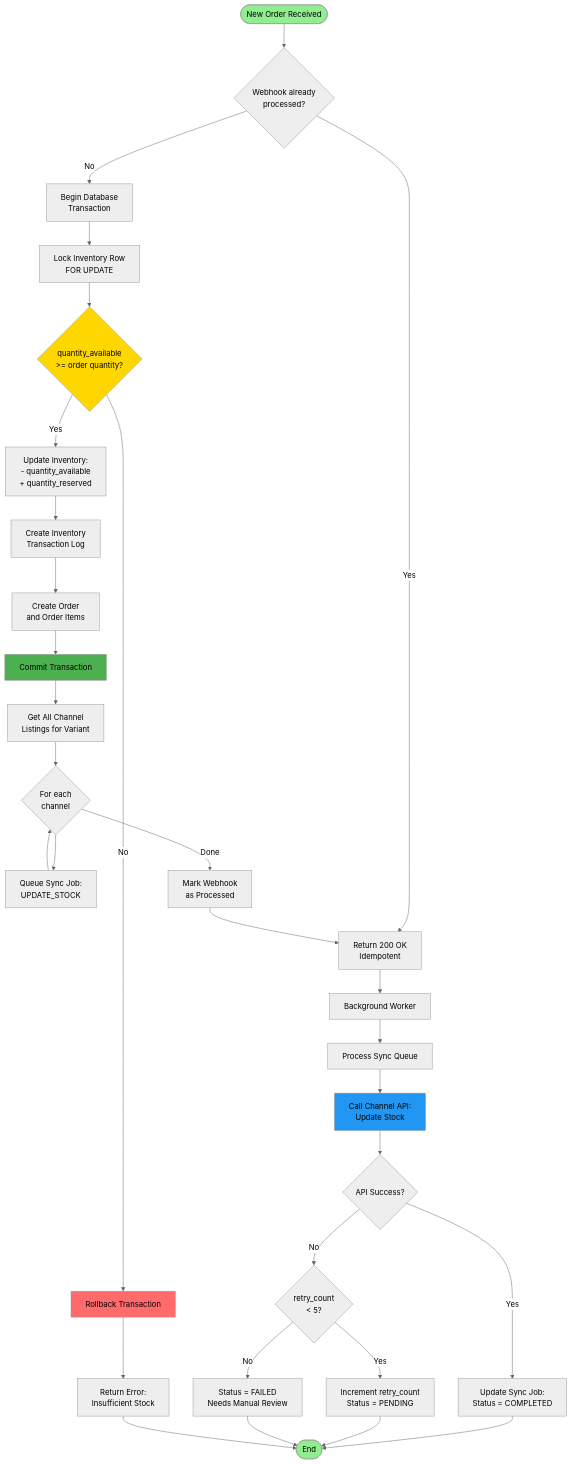
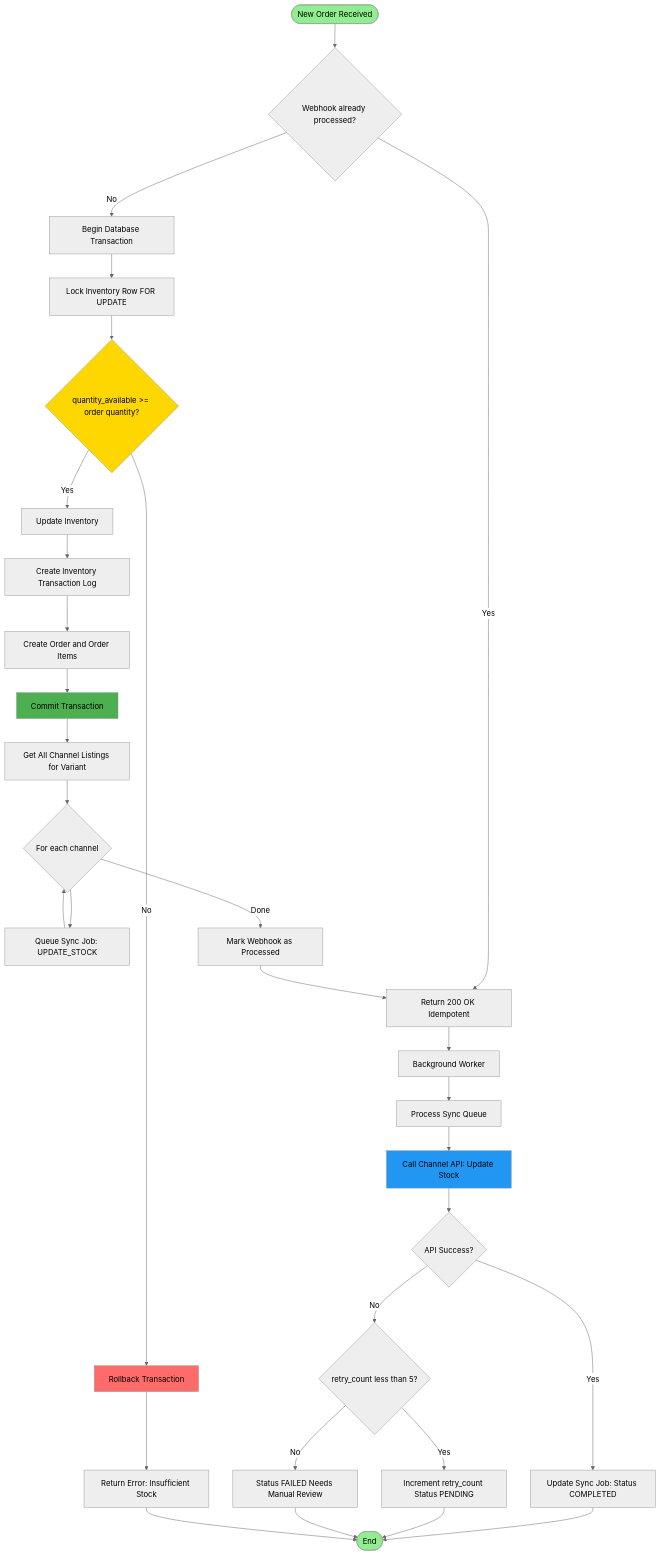
Before and after one commit to cesargasca/sales-channel-connector: the seventh of 10 diagrams in architecture-diagrams.md, drawn with Mermaid (neutral theme). The commit also changed other lines of this file, not shown here.

First line of the commit message:
Updates architecture diagrams for clarity

````diff
--- a/architecture-diagrams.md
+++ b/architecture-diagrams.md
@@ -616,55 +606,55 @@
 ```mermaid
 graph TB
     Start([New Order Received])
     
-    Start --> CheckWebhook{Webhook already<br/>processed?}
-    CheckWebhook -->|Yes| Return200[Return 200 OK<br/>Idempotent]
-    CheckWebhook -->|No| StartTX[Begin Database<br/>Transaction]
+    Start --> CheckWebhook{Webhook already processed?}
+    CheckWebhook -->|Yes| Return200[Return 200 OK Idempotent]
+    CheckWebhook -->|No| StartTX[Begin Database Transaction]
     
-    StartTX --> LockInventory[Lock Inventory Row<br/>FOR UPDATE]
-    LockInventory --> CheckStock{quantity_available<br/>>= order quantity?}
+    StartTX --> LockInventory[Lock Inventory Row FOR UPDATE]
+    LockInventory --> CheckStock{quantity_available >= order quantity?}
     
     CheckStock -->|No| Rollback[Rollback Transaction]
-    Rollback --> ReturnError[Return Error:<br/>Insufficient Stock]
+    Rollback --> ReturnError[Return Error: Insufficient Stock]
     
-    CheckStock -->|Yes| UpdateInventory[Update Inventory:<br/>- quantity_available<br/>+ quantity_reserved]
+    CheckStock -->|Yes| UpdateInventory[Update Inventory]
     
-    UpdateInventory --> CreateTX[Create Inventory<br/>Transaction Log]
-    CreateTX --> CreateOrder[Create Order<br/>and Order Items]
+    UpdateInventory --> CreateTX[Create Inventory Transaction Log]
+    CreateTX --> CreateOrder[Create Order and Order Items]
     CreateOrder --> CommitTX[Commit Transaction]
     
-    CommitTX --> GetListings[Get All Channel<br/>Listings for Variant]
+    CommitTX --> GetListings[Get All Channel Listings for Variant]
     
-    GetListings --> QueueLoop{For each<br/>channel}
+    GetListings --> QueueLoop{For each channel}
     
-    QueueLoop --> QueueSync[Queue Sync Job:<br/>UPDATE_STOCK]
+    QueueLoop --> QueueSync[Queue Sync Job: UPDATE_STOCK]
     QueueSync --> QueueLoop
     
-    QueueLoop -->|Done| MarkProcessed[Mark Webhook<br/>as Processed]
+    QueueLoop -->|Done| MarkProcessed[Mark Webhook as Processed]
     MarkProcessed --> Return200
     
     Return200 --> Background[Background Worker]
     
     Background --> ProcessQueue[Process Sync Queue]
-    ProcessQueue --> CallAPI[Call Channel API:<br/>Update Stock]
+    ProcessQueue --> CallAPI[Call Channel API: Update Stock]
     
     CallAPI --> APICheck{API Success?}
     
-    APICheck -->|Yes| UpdateSync[Update Sync Job:<br/>Status = COMPLETED]
-    APICheck -->|No| CheckRetry{retry_count<br/>< 5?}
+    APICheck -->|Yes| UpdateSync[Update Sync Job: Status COMPLETED]
+    APICheck -->|No| CheckRetry{retry_count less than 5?}
     
-    CheckRetry -->|Yes| IncrementRetry[Increment retry_count<br/>Status = PENDING]
-    CheckRetry -->|No| MarkFailed[Status = FAILED<br/>Needs Manual Review]
+    CheckRetry -->|Yes| IncrementRetry[Increment retry_count Status PENDING]
+    CheckRetry -->|No| MarkFailed[Status FAILED Needs Manual Review]
     
     UpdateSync --> Done([End])
     IncrementRetry --> Done
     MarkFailed --> Done
     ReturnError --> Done
     
     style Start fill:#90EE90
     style CheckStock fill:#FFD700
     style Rollback fill:#FF6B6B
     style CommitTX fill:#4CAF50
     style CallAPI fill:#2196F3
     style Done fill:#90EE90
 ```
````
